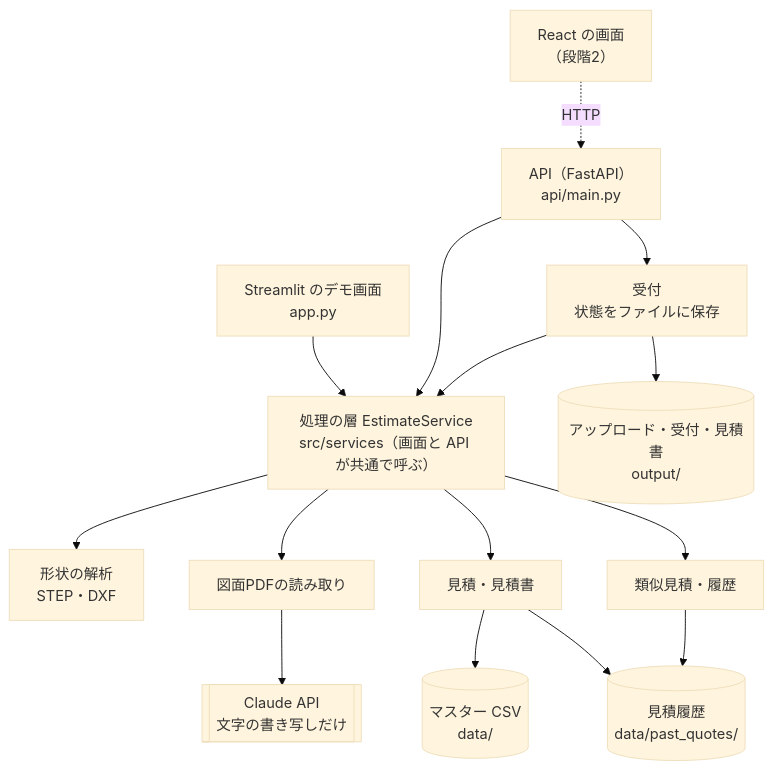
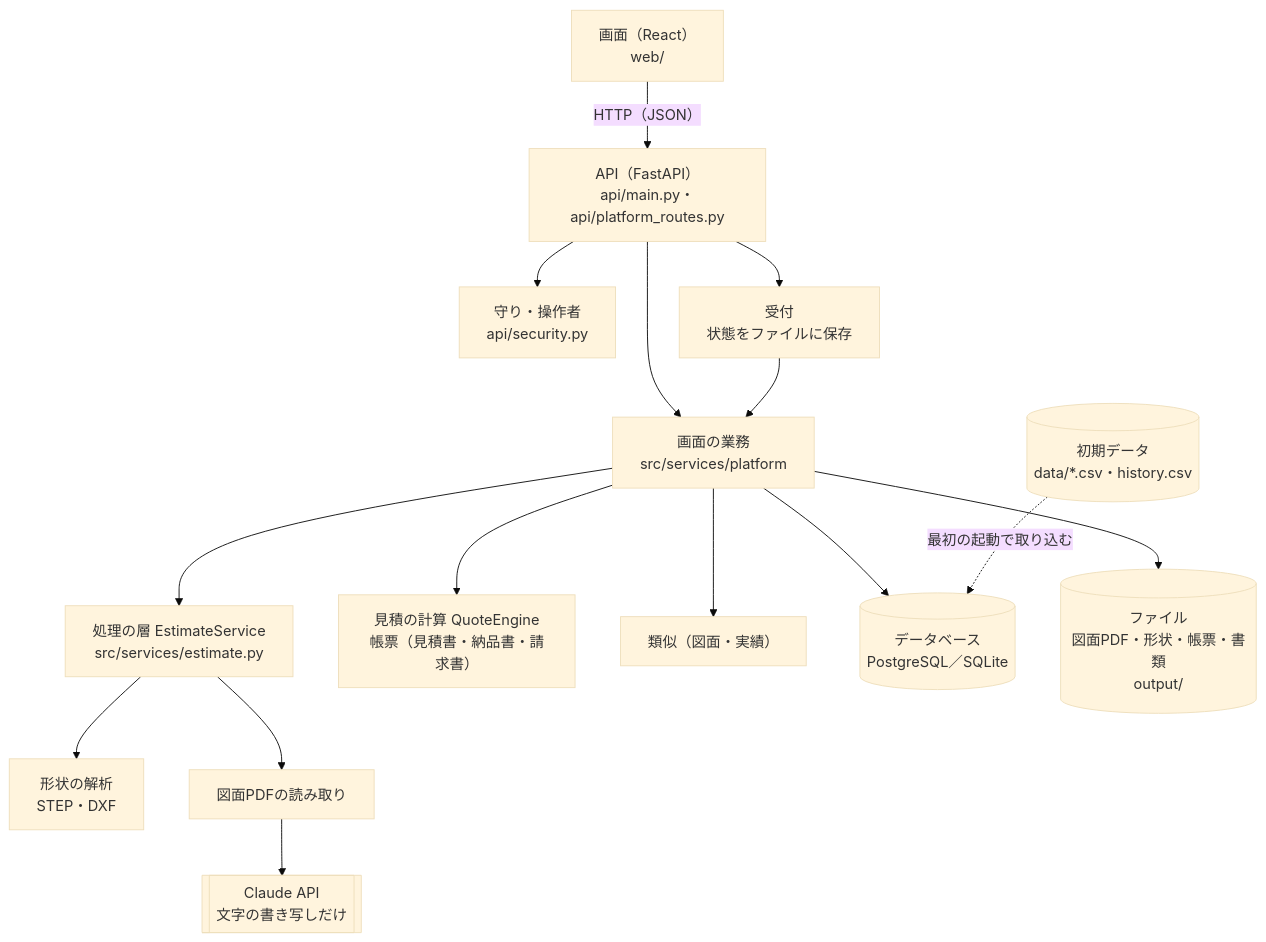
Before and after one commit to 1975020t/step_analysis_for_automatic-estimate: the first of 11 diagrams in docs/02_設計書.md, drawn with Mermaid (base theme). The commit also changed other lines of this file and 40 other files, not shown here.

````diff
--- a/docs/02_設計書.md
+++ b/docs/02_設計書.md
@@ -12,18 +12,17 @@
 ```mermaid 図 システム構成
 flowchart TB
-  UI[Streamlit のデモ画面<br/>app.py] --> SVC
-  R[React の画面<br/>（段階2）] -. HTTP .-> API[API（FastAPI）<br/>api/main.py]
+  UI[画面（React）<br/>web/] -- HTTP（JSON） --> API[API（FastAPI）<br/>api/main.py・api/platform_routes.py]
+  API --> SEC[守り・操作者<br/>api/security.py]
+  API --> PF[画面の業務<br/>src/services/platform]
   API --> JOB[受付<br/>状態をファイルに保存]
-  API --> SVC
-  JOB --> SVC
-  SVC[処理の層 EstimateService<br/>src/services（画面と API が共通で呼ぶ）]
+  JOB --> PF
+  PF --> SVC[処理の層 EstimateService<br/>src/services/estimate.py]
   SVC --> P1[形状の解析<br/>STEP・DXF]
   SVC --> P2[図面PDFの読み取り]
-  SVC --> P3[見積・見積書]
-  SVC --> P4[類似見積・履歴]
+  PF --> P3[見積の計算 QuoteEngine<br/>帳票（見積書・納品書・請求書）]
+  PF --> P4[類似（図面・実績）]
   P2 --> LLM[[Claude API<br/>文字の書き写しだけ]]
-  P3 --> M[(マスター CSV<br/>data/)]
-  P3 --> H[(見積履歴<br/>data/past_quotes/)]
-  P4 --> H
-  JOB --> F[(アップロード・受付・見積書<br/>output/)]
+  PF --> DB[(データベース<br/>PostgreSQL／SQLite)]
+  PF --> F[(ファイル<br/>図面PDF・形状・帳票・書類<br/>output/)]
+  CSV[(初期データ<br/>data/*.csv・history.csv)] -. 最初の起動で取り込む .-> DB
 ```
````
